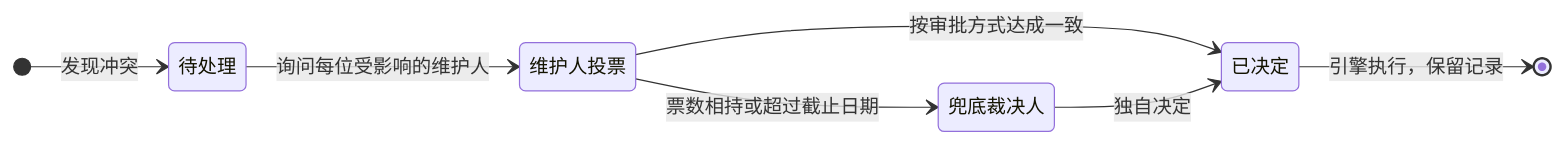
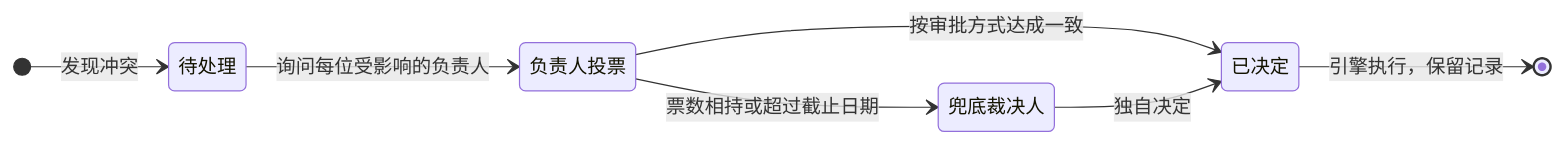
The fifth of 9 diagrams in docs/zh/overview.md (AngelMsger/Inspiration), drawn with Mermaid before and after one commit. The commit also changed other lines of this file and 24 other files, not shown here.

````diff
--- a/docs/zh/overview.md
+++ b/docs/zh/overview.md
@@ -226,14 +226,14 @@
 ```mermaid
 stateDiagram-v2
   direction LR
   state "待处理" as Open
-  state "维护人投票" as Voting
+  state "负责人投票" as Voting
   state "兜底裁决人" as Fallback
   state "已决定" as Decided
   [*] --> Open: 发现冲突
-  Open --> Voting: 询问每位受影响的维护人
+  Open --> Voting: 询问每位受影响的负责人
   Voting --> Decided: 按审批方式达成一致
   Voting --> Fallback: 票数相持或超过截止日期
   Fallback --> Decided: 独自决定
   Decided --> [*]: 引擎执行，保留记录
 ```
````
